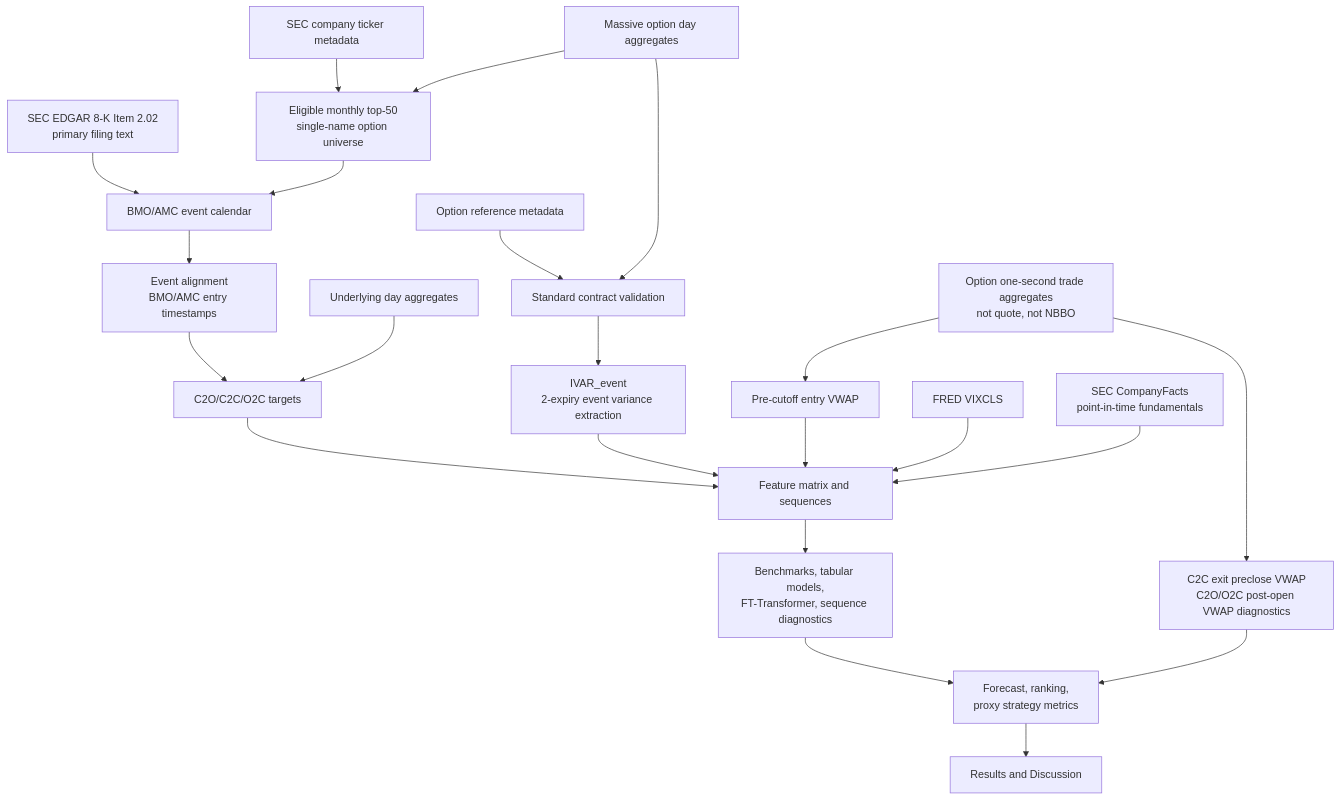
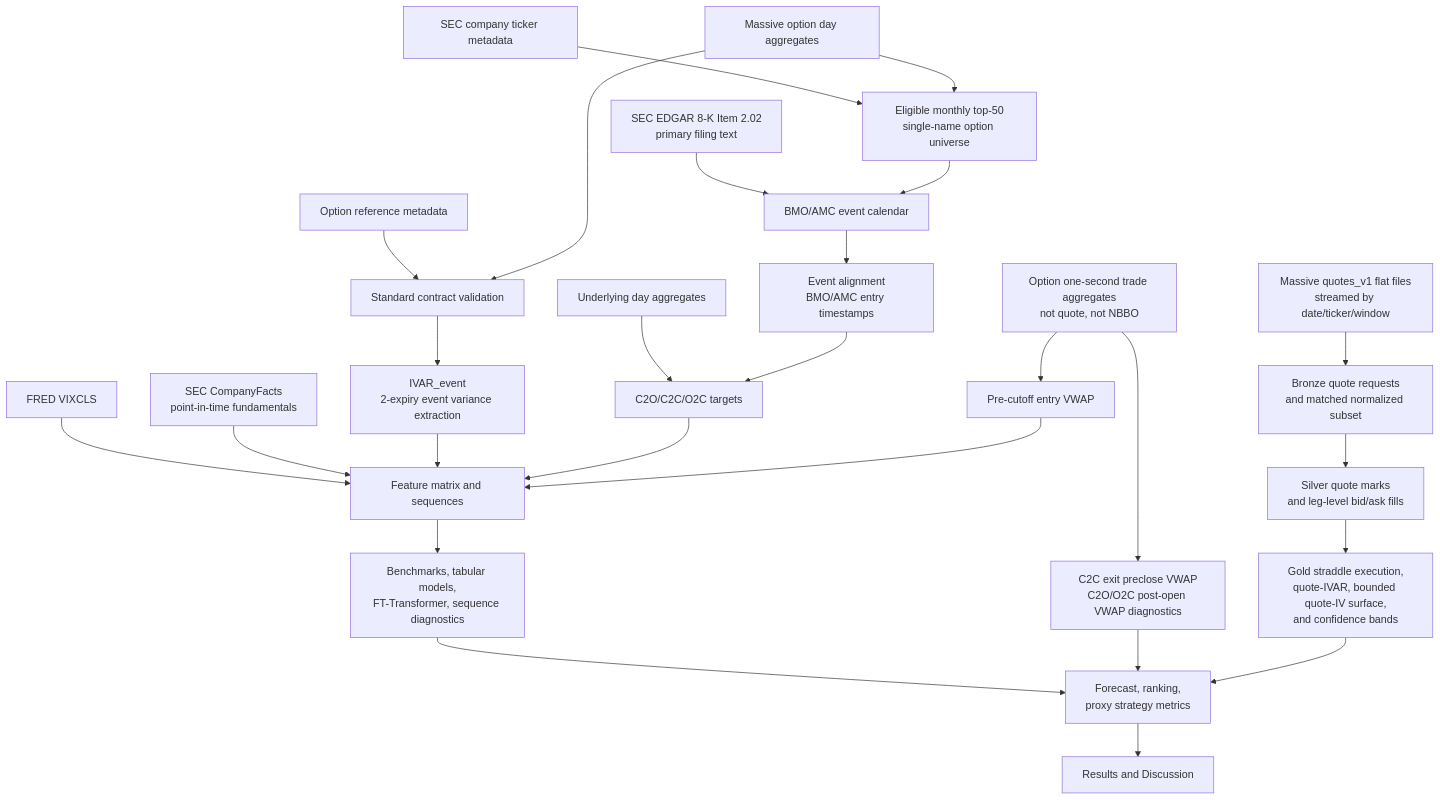
The diagram in docs/paper_plan.md (TY-Cheng/earnings-event-vol), drawn with Mermaid before and after one commit. The commit also changed other lines of this file and 19 other files, not shown here.

````diff
--- a/docs/paper_plan.md
+++ b/docs/paper_plan.md
@@ -327,24 +336,28 @@
 ```mermaid
 flowchart TB
   sec["SEC EDGAR 8-K Item 2.02\nprimary filing text"] --> cal["BMO/AMC event calendar"]
   secmeta["SEC company ticker metadata"] --> universe["Eligible monthly top-50\nsingle-name option universe"]
   optday["Massive option day aggregates"] --> universe
   universe --> cal
   cal --> align["Event alignment\nBMO/AMC entry timestamps"]
   stockday["Underlying day aggregates"] --> targets["C2O/C2C/O2C targets"]
   align --> targets
   optref["Option reference metadata"] --> contracts["Standard contract validation"]
   optday --> contracts
   contracts --> ivar["IVAR_event\n2-expiry event variance extraction"]
   optsec["Option one-second trade aggregates\nnot quote, not NBBO"] --> entry["Pre-cutoff entry VWAP"]
   optsec --> exit["C2C exit preclose VWAP\nC2O/O2C post-open VWAP diagnostics"]
+  quotes["Massive quotes_v1 flat files\nstreamed by date/ticker/window"] --> qbronze["Bronze quote requests\nand matched normalized subset"]
+  qbronze --> qsilver["Silver quote marks\nand leg-level bid/ask fills"]
+  qsilver --> qgold["Gold straddle execution,\nquote-IVAR, bounded quote-IV surface,\nand confidence bands"]
   fred["FRED VIXCLS"] --> features["Feature matrix and sequences"]
   secfacts["SEC CompanyFacts\npoint-in-time fundamentals"] --> features
   ivar --> features
   targets --> features
   entry --> features
   features --> models["Benchmarks, tabular models,\nFT-Transformer, sequence diagnostics"]
   models --> metrics["Forecast, ranking,\nproxy strategy metrics"]
   exit --> metrics
+  qgold --> metrics
   metrics --> results["Results and Discussion"]
 ```
````
